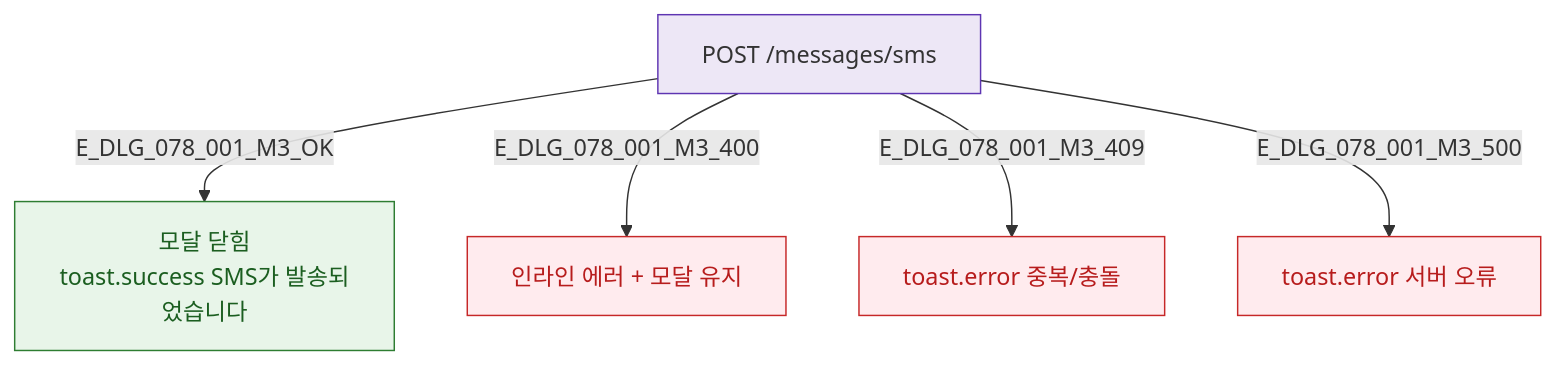
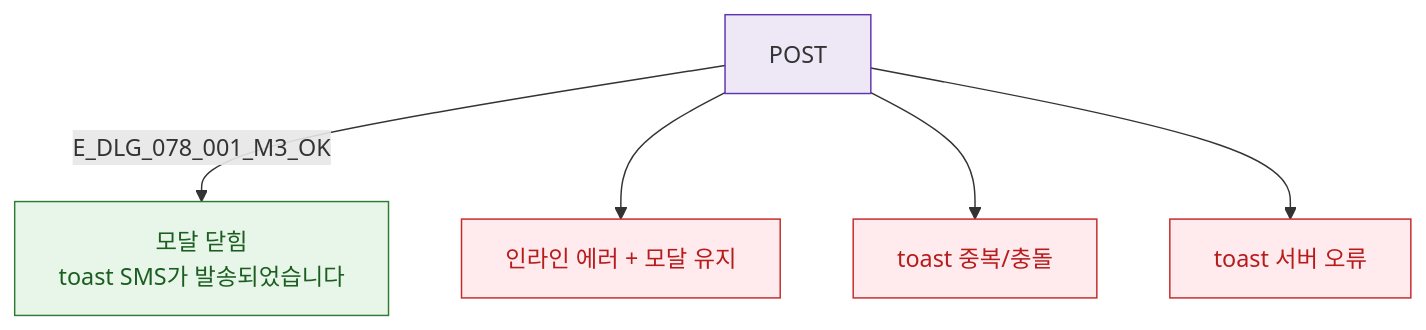
The diagram in docs/다이어그램/D08_마케팅/DLG/DLG-078-001/M3_결과분기.md (dev-spogym/admin-pando), drawn with Mermaid before and after one commit. The commit also changed other lines of this file and 1660 other files, not shown here.

First line of the commit message:
다이어그램: 기획자/클라이언트 납품본으로 정리

````diff
--- a/docs/다이어그램/D08_마케팅/DLG/DLG-078-001/M3_결과분기.md
+++ b/docs/다이어그램/D08_마케팅/DLG/DLG-078-001/M3_결과분기.md
@@ -14,15 +12,15 @@
 ```mermaid
 flowchart TD
-  API[POST /messages/sms] -->|E_DLG_078_001_M3_OK| SUCCESS[모달 닫힘\ntoast.success SMS가 발송되었습니다]
-  API -->|E_DLG_078_001_M3_400| ERR_400[인라인 에러 + 모달 유지]
-  API -->|E_DLG_078_001_M3_409| ERR_409[toast.error 중복/충돌]
-  API -->|E_DLG_078_001_M3_500| ERR_500[toast.error 서버 오류]
+  API[POST] -->|E_DLG_078_001_M3_OK|SUCCESS[모달 닫힘\ntoast SMS가 발송되었습니다]
+  API --> ERR_400[인라인 에러 + 모달 유지]
+  API --> ERR_409[toast 중복/충돌]
+  API --> ERR_500[toast 서버 오류]
 
   classDef success fill:#E8F5E9,stroke:#2E7D32,color:#1B5E20
-  classDef error   fill:#FFEBEE,stroke:#C62828,color:#B71C1C
-  classDef system  fill:#EDE7F6,stroke:#5E35B2
+  classDef error fill:#FFEBEE,stroke:#C62828,color:#B71C1C
+  classDef system fill:#EDE7F6,stroke:#5E35B2
 
   class SUCCESS success
   class ERR_400,ERR_409,ERR_500 error
   class API system
 ```
````
